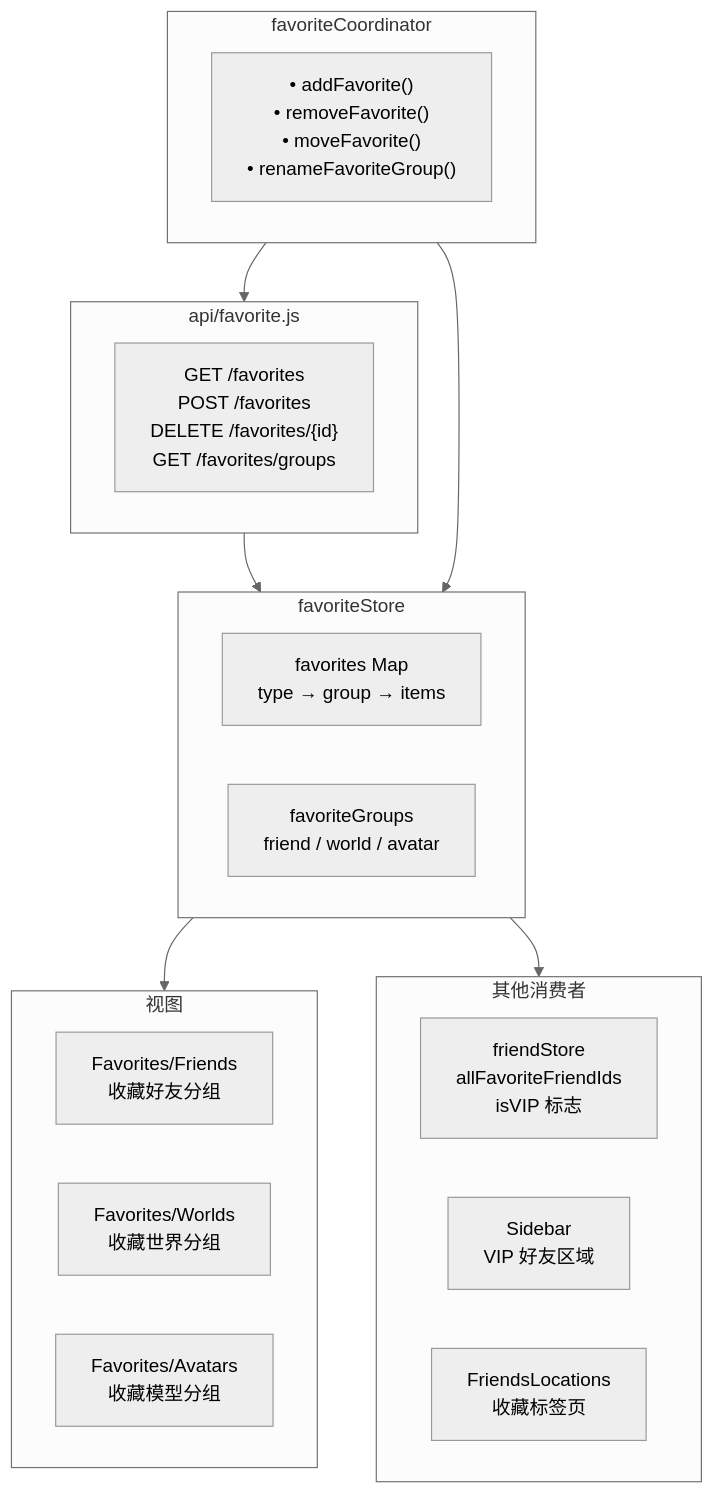
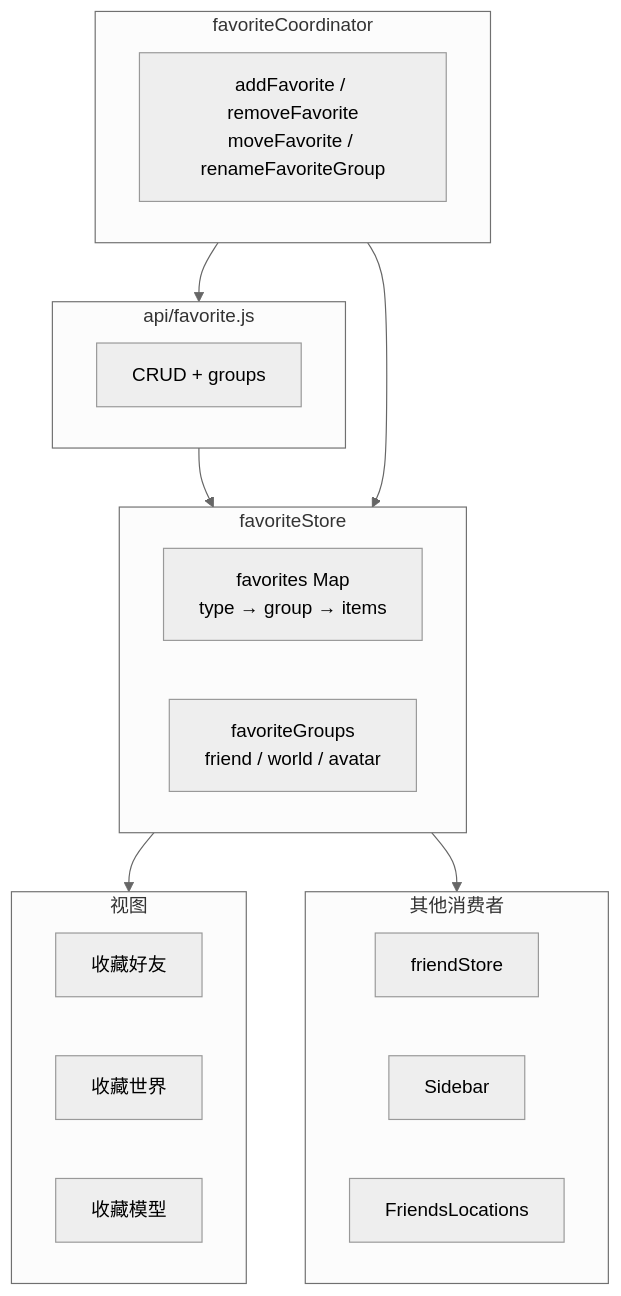
One commit to Map1en/vrcx-docs changed the first of 2 diagrams in zh/modules/favorite-system.md. Above: the diagram before and after it, drawn with Mermaid (neutral theme). The commit also changed 16 other files, not shown here.

````diff
--- a/zh/modules/favorite-system.md
+++ b/zh/modules/favorite-system.md
@@ -5,33 +5,33 @@
 ```mermaid
 graph TD
     subgraph Store["favoriteStore"]
         favorites["favorites Map<br/>type → group → items"]
         groups["favoriteGroups<br/>friend / world / avatar"]
     end
 
     subgraph Coordinator["favoriteCoordinator"]
-        ops["• addFavorite()<br/>• removeFavorite()<br/>• moveFavorite()<br/>• renameFavoriteGroup()"]
+        ops["addFavorite / removeFavorite<br/>moveFavorite / renameFavoriteGroup"]
     end
 
     subgraph API["api/favorite.js"]
-        endpoints["GET /favorites<br/>POST /favorites<br/>DELETE /favorites/{id}<br/>GET /favorites/groups"]
+        endpoints["CRUD + groups"]
     end
 
     subgraph Views["视图"]
-        favFriends["Favorites/Friends<br/>收藏好友分组"]
-        favWorlds["Favorites/Worlds<br/>收藏世界分组"]
-        favAvatars["Favorites/Avatars<br/>收藏模型分组"]
+        favFriends["收藏好友"]
+        favWorlds["收藏世界"]
+        favAvatars["收藏模型"]
     end
 
     subgraph Consumers["其他消费者"]
-        friendStore["friendStore<br/>allFavoriteFriendIds<br/>isVIP 标志"]
-        sidebar["Sidebar<br/>VIP 好友区域"]
-        locations["FriendsLocations<br/>收藏标签页"]
+        friendStore["friendStore"]
+        sidebar["Sidebar"]
+        locations["FriendsLocations"]
     end
 
     API --> Store
     Coordinator --> Store
     Coordinator --> API
     Store --> Views
     Store --> Consumers
 ```
````
